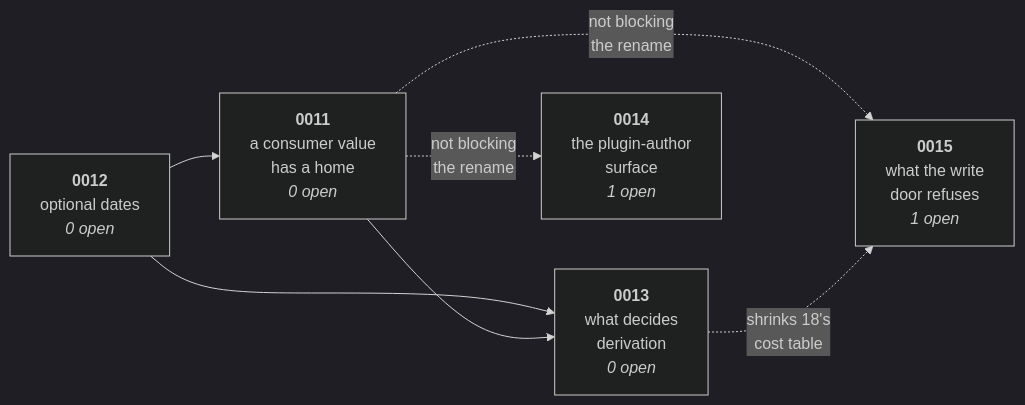
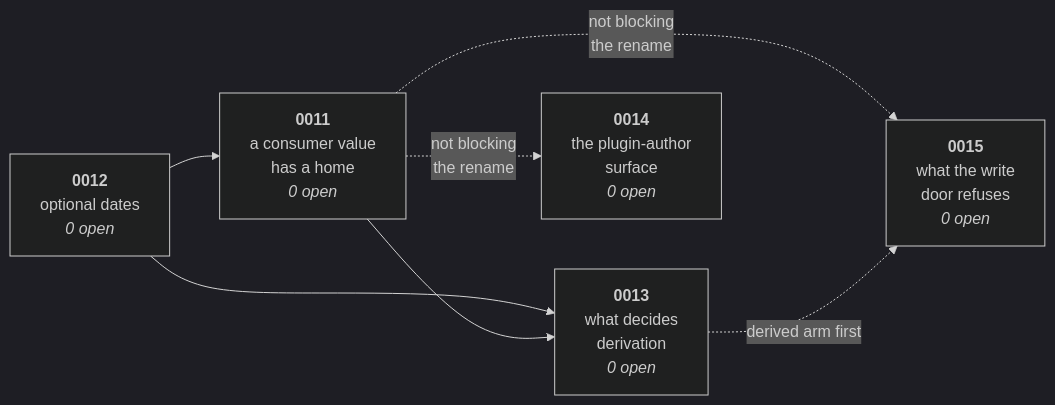
The diagram in plans/field-redesign/README.md (freegantt/freegantt), drawn with Mermaid (dark theme) before and after one commit. The commit also changed other lines of this file and 37 other files, not shown here.

````diff
--- a/plans/field-redesign/README.md
+++ b/plans/field-redesign/README.md
@@ -7,9 +7,9 @@
 ```mermaid
 flowchart LR
   D["<b>0012</b><br/>optional dates<br/><i>0 open</i>"] --> P["<b>0011</b><br/>a consumer value<br/>has a home<br/><i>0 open</i>"]
   D --> R["<b>0013</b><br/>what decides<br/>derivation<br/><i>0 open</i>"]
   P --> R
-  P -.->|"not blocking<br/>the rename"| G["<b>0014</b><br/>the plugin-author<br/>surface<br/><i>1 open</i>"]
-  P -.->|"not blocking<br/>the rename"| W["<b>0015</b><br/>what the write<br/>door refuses<br/><i>1 open</i>"]
-  R -.->|"shrinks 18's<br/>cost table"| W
+  P -.->|"not blocking<br/>the rename"| G["<b>0014</b><br/>the plugin-author<br/>surface<br/><i>0 open</i>"]
+  P -.->|"not blocking<br/>the rename"| W["<b>0015</b><br/>what the write<br/>door refuses<br/><i>0 open</i>"]
+  R -.->|"derived arm first"| W
 ```
````
